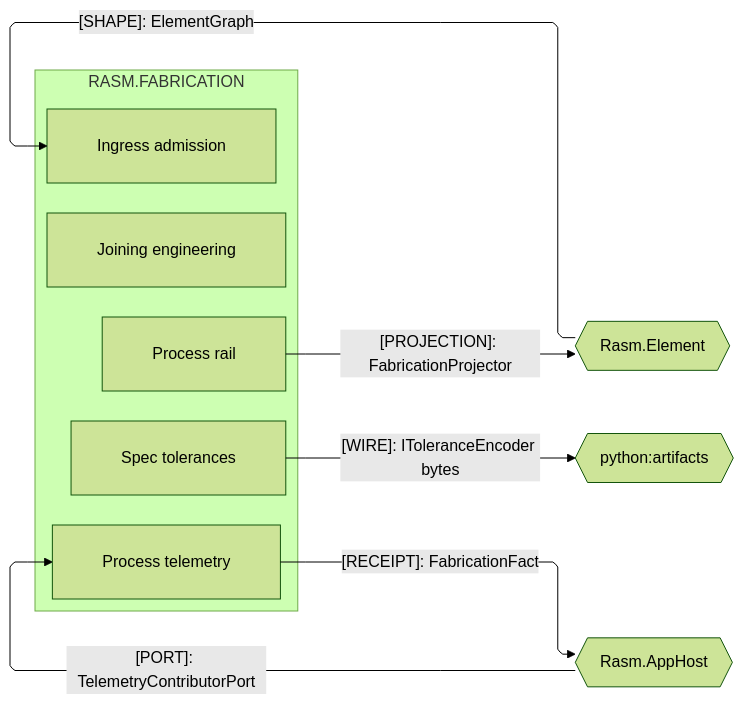
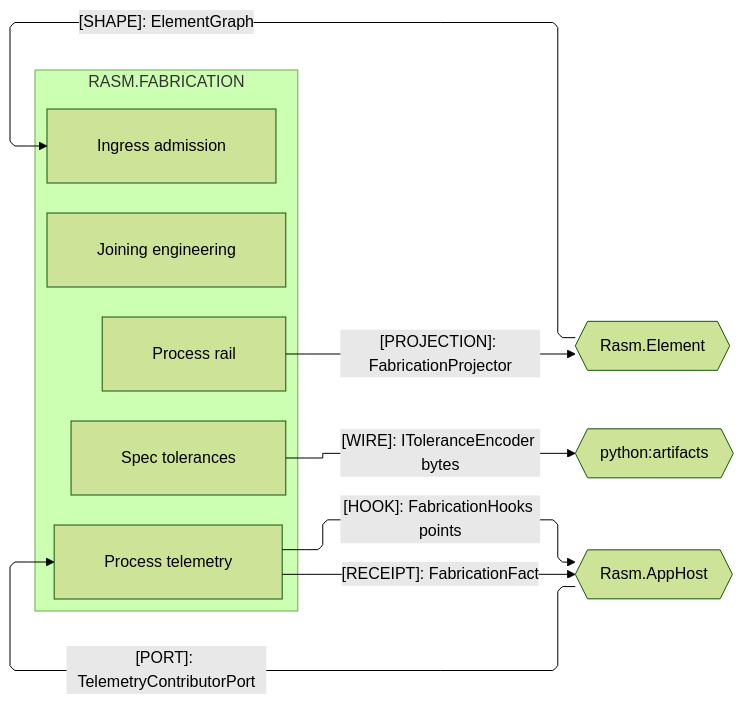
One commit to bsamiee/Rasm changed the second of 3 diagrams in libs/csharp/Rasm.Fabrication/ARCHITECTURE.md. Above: the diagram before and after it, drawn with Mermaid (forest theme). The commit also changed other lines of this file and 195 other files, not shown here.

````diff
--- a/libs/csharp/Rasm.Fabrication/ARCHITECTURE.md
+++ b/libs/csharp/Rasm.Fabrication/ARCHITECTURE.md
@@ -181,27 +181,28 @@
 ```mermaid
 ---
 config:
   layout: elk
   flowchart:
     curve: linear
     padding: 25
 ---
 flowchart LR
     accTitle: Fabrication AEC-domain peer seams
     accDescr: Fabrication exchanges its registered projector and admitted graph shape with Element, publishes the tolerance wire to the Python artifacts plane, and sends its telemetry fact envelopes to the AppHost receipt rail; peer implementation shapes never cross any seam.
     subgraph fabrication[RASM.FABRICATION]
         Process[Process rail]
         Telemetry[Process telemetry]
         Ingress[Ingress admission]
         Joining[Joining engineering]
         Spec[Spec tolerances]
     end
     Element{{Rasm.Element}}
     Artifacts{{python:artifacts}}
     AppHost{{Rasm.AppHost}}
     Process e1@-->|"[PROJECTION]: FabricationProjector"| Element
     Element e2@-->|"[SHAPE]: ElementGraph"| Ingress
     Spec e8@-->|"[WIRE]: IToleranceEncoder bytes"| Artifacts
     Telemetry e9@-->|"[RECEIPT]: FabricationFact"| AppHost
     AppHost e10@-->|"[PORT]: TelemetryContributorPort"| Telemetry
+    Telemetry e11@-->|"[HOOK]: FabricationHooks points"| AppHost
 ```
````
